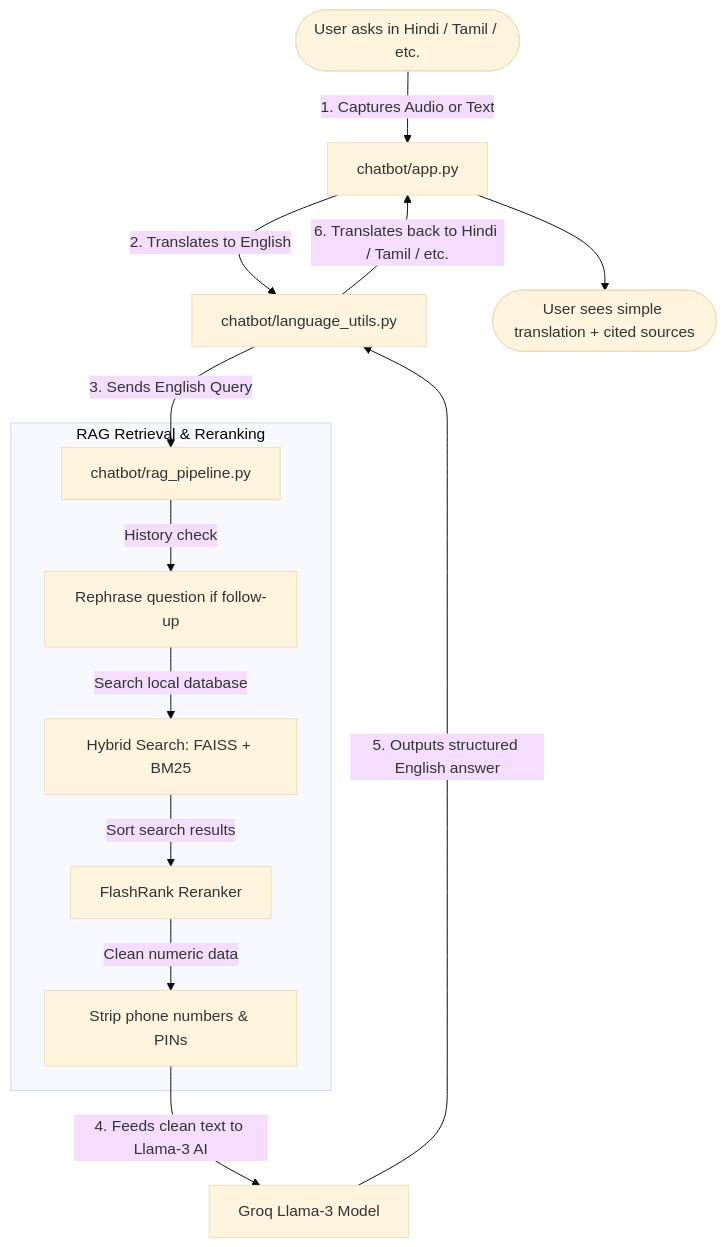
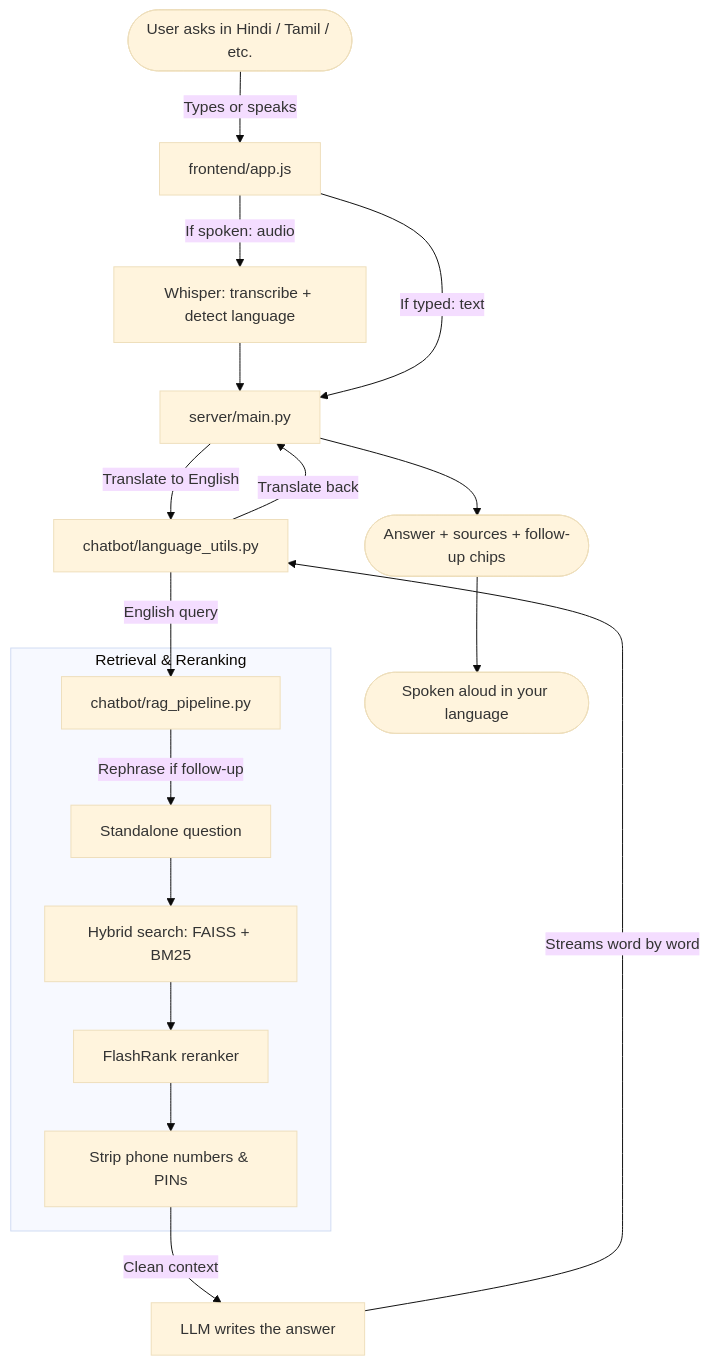
The diagram in docs/project_brief.md (deeptiprasadd/disability-schemes-chatbot), drawn with Mermaid (base theme) before and after one commit. The commit also changed other lines of this file and 14 other files, not shown here.

````diff
--- a/docs/project_brief.md
+++ b/docs/project_brief.md
@@ -40,18 +44,22 @@
 ```mermaid
 graph TD
-    User([User asks in Hindi / Tamil / etc.]) -->|1. Captures Audio or Text| App[chatbot/app.py]
-    App -->|2. Translates to English| Utils[chatbot/language_utils.py]
-    Utils -->|3. Sends English Query| RAG[chatbot/rag_pipeline.py]
-    
-    subgraph RAG Retrieval & Reranking
-        RAG -->|History check| Condense[Rephrase question if follow-up]
-        Condense -->|Search local database| Hybrid[Hybrid Search: FAISS + BM25]
-        Hybrid -->|Sort search results| Rerank[FlashRank Reranker]
-        Rerank -->|Clean numeric data| Clean[Strip phone numbers & PINs]
+    User([User asks in Hindi / Tamil / etc.]) -->|Types or speaks| UI[frontend/app.js]
+    UI -->|If spoken: audio| Whisper[Whisper: transcribe + detect language]
+    Whisper --> API[server/main.py]
+    UI -->|If typed: text| API
+    API -->|Translate to English| Utils[chatbot/language_utils.py]
+    Utils -->|English query| RAG[chatbot/rag_pipeline.py]
+
+    subgraph Retrieval & Reranking
+        RAG -->|Rephrase if follow-up| Condense[Standalone question]
+        Condense --> Hybrid[Hybrid search: FAISS + BM25]
+        Hybrid --> Rerank[FlashRank reranker]
+        Rerank --> Clean[Strip phone numbers & PINs]
     end
-    
-    Clean -->|4. Feeds clean text to Llama-3 AI| LLM[Groq Llama-3 Model]
-    LLM -->|5. Outputs structured English answer| Utils
-    Utils -->|6. Translates back to Hindi / Tamil / etc.| App
-    App --> UserDisplay([User sees simple translation + cited sources])
+
+    Clean -->|Clean context| LLM[LLM writes the answer]
+    LLM -->|Streams word by word| Utils
+    Utils -->|Translate back| API
+    API --> Display([Answer + sources + follow-up chips])
+    Display --> Speak([Spoken aloud in your language])
 ```
````
